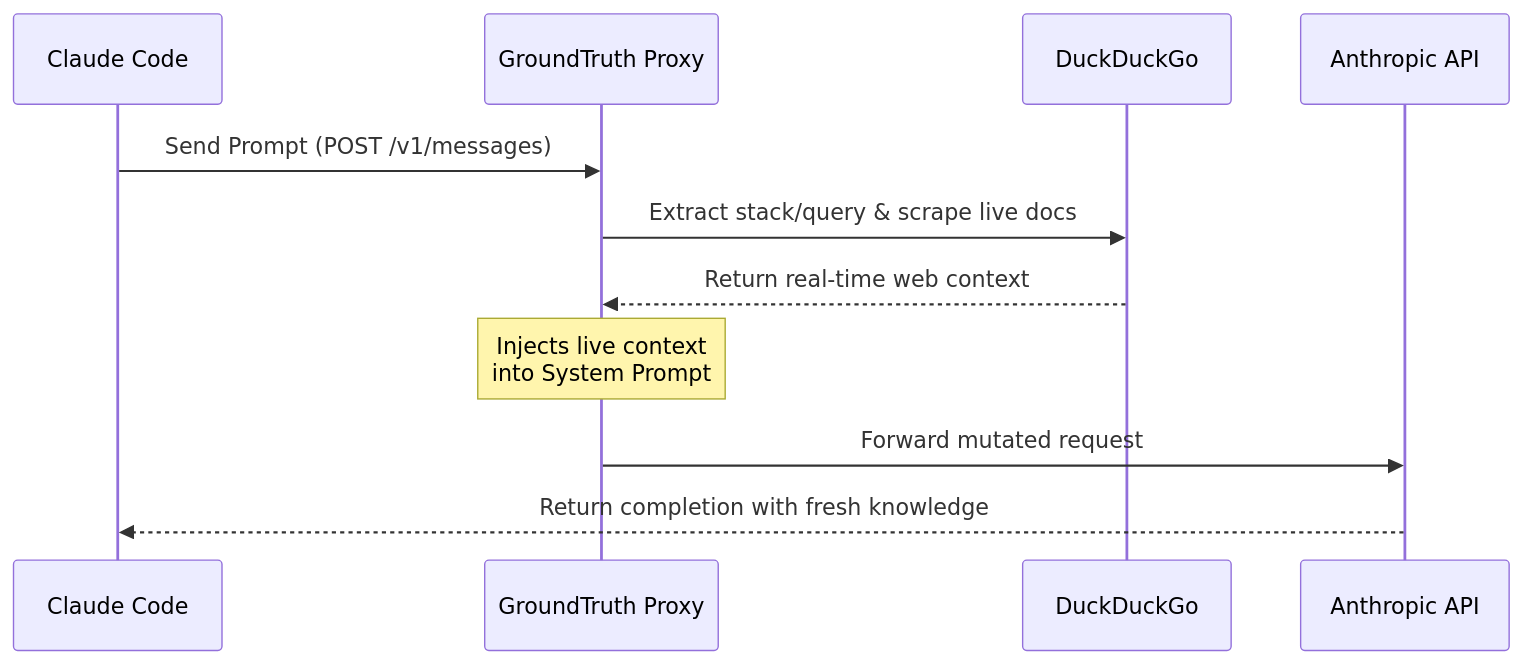
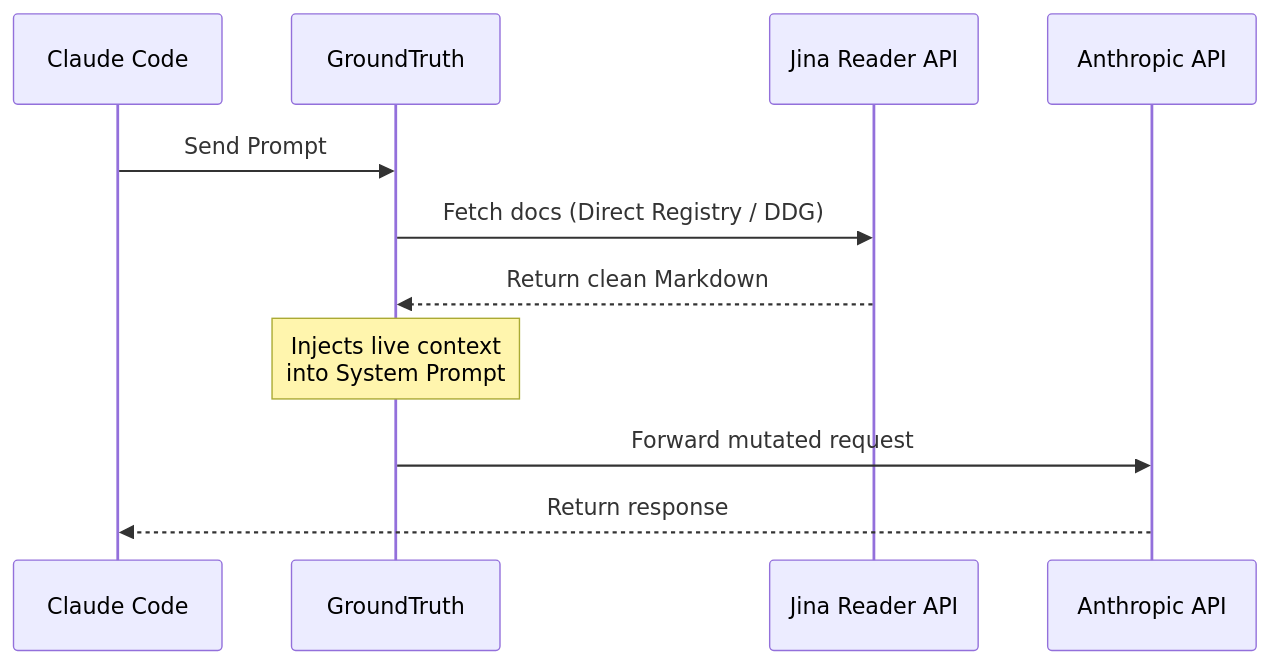
Before and after one commit to anto0102/GroundTruth: the first of 2 diagrams in README.md, drawn with Mermaid. The commit also changed other lines of this file and 9 other files, not shown here.

````diff
--- a/README.md
+++ b/README.md
@@ -56,14 +61,14 @@
 ```mermaid
 sequenceDiagram
     participant Agent as Claude Code
-    participant Proxy as GroundTruth Proxy
-    participant Search as DuckDuckGo
+    participant Proxy as GroundTruth
+    participant Jina as Jina Reader API
     participant API as Anthropic API
 
-    Agent->>Proxy: Send Prompt (POST /v1/messages)
-    Proxy->>Search: Extract stack/query & scrape live docs
-    Search-->>Proxy: Return real-time web context
+    Agent->>Proxy: Send Prompt
+    Proxy->>Jina: Fetch docs (Direct Registry / DDG)
+    Jina-->>Proxy: Return clean Markdown
     Note over Proxy: Injects live context<br/>into System Prompt
     Proxy->>API: Forward mutated request
-    API-->>Agent: Return completion with fresh knowledge
+    API-->>Agent: Return response
 ```
````
